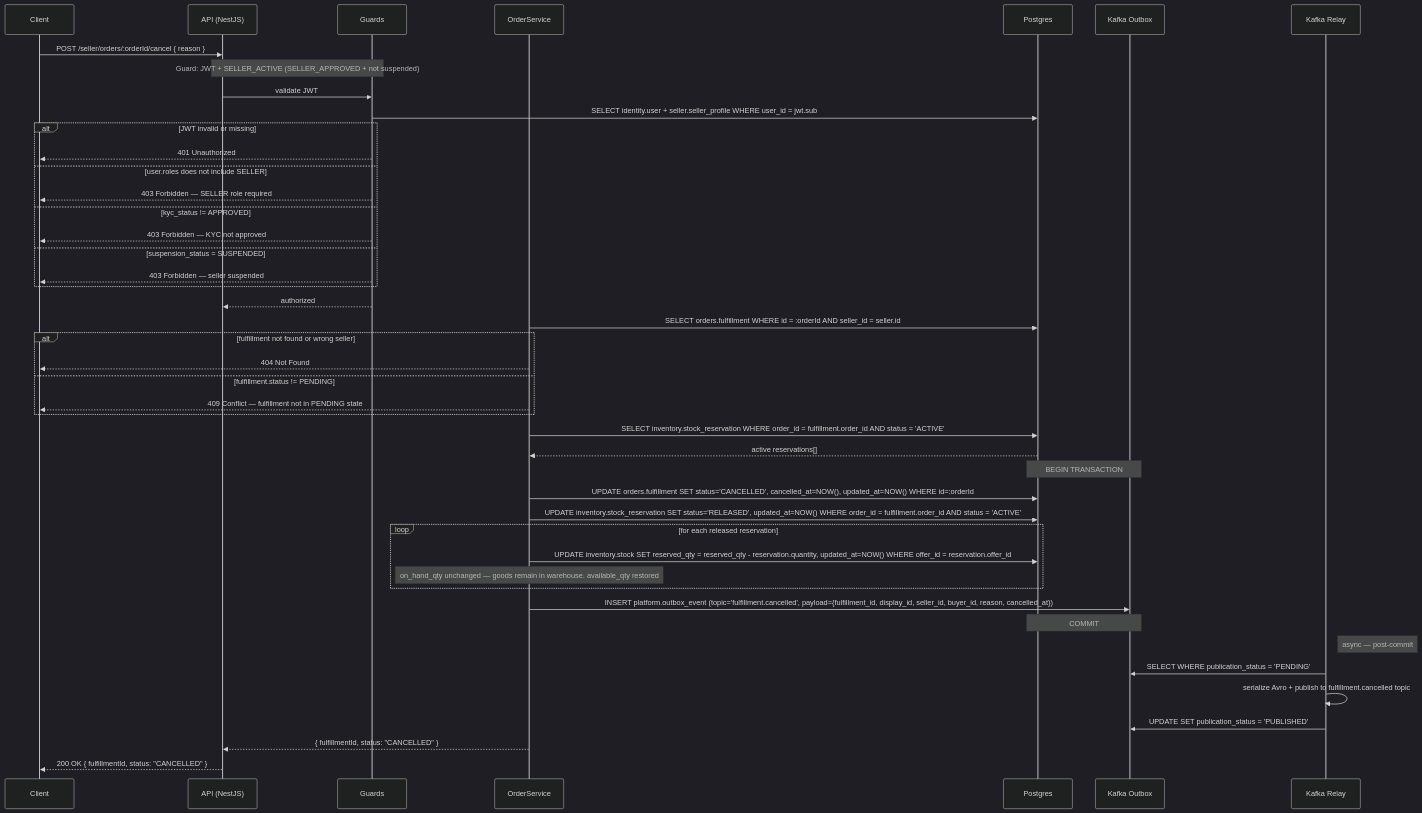
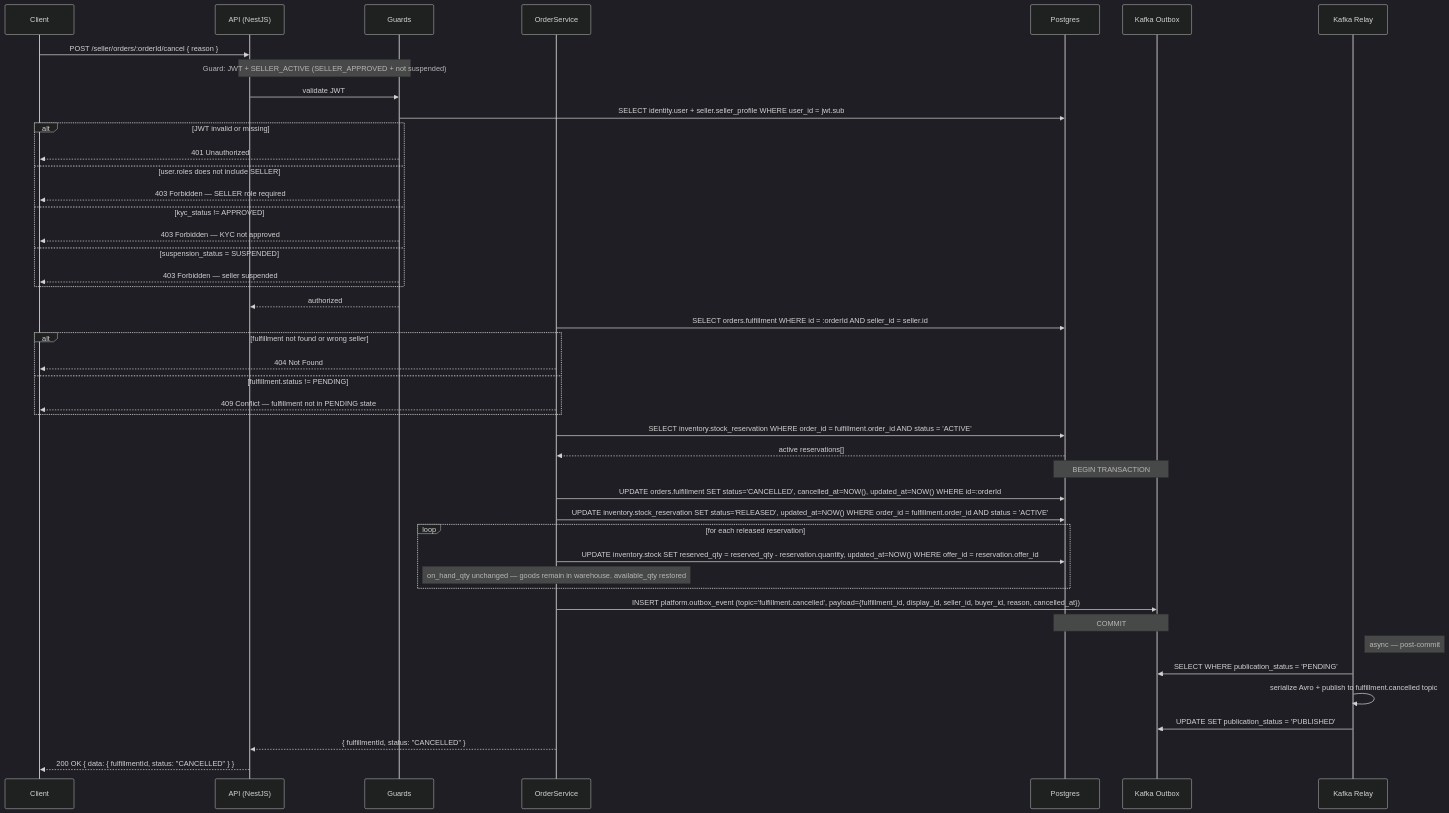
Before and after one commit to alisa-uthi/aliceut-ecom-document: diagram 20 of 21 in phase-1/technical-design/api-design/seller.md, drawn with Mermaid (dark theme). The commit also changed other lines of this file and 22 other files, not shown here.

````diff
--- a/phase-1/technical-design/api-design/seller.md
+++ b/phase-1/technical-design/api-design/seller.md
@@ -1358,52 +1370,52 @@
 ```mermaid
 sequenceDiagram
     participant C as Client
     participant A as API (NestJS)
     participant G as Guards
     participant OrdS as OrderService
     participant P as Postgres
     participant KO as Kafka Outbox
     participant KR as Kafka Relay
 
     C->>A: POST /seller/orders/:orderId/cancel { reason }
     Note over A,G: Guard: JWT + SELLER_ACTIVE (SELLER_APPROVED + not suspended)
     A->>G: validate JWT
     G->>P: SELECT identity.user + seller.seller_profile WHERE user_id = jwt.sub
     alt JWT invalid or missing
         G-->>C: 401 Unauthorized
     else user.roles does not include SELLER
         G-->>C: 403 Forbidden — SELLER role required
     else kyc_status != APPROVED
         G-->>C: 403 Forbidden — KYC not approved
     else suspension_status = SUSPENDED
         G-->>C: 403 Forbidden — seller suspended
     end
     G-->>A: authorized
 
     OrdS->>P: SELECT orders.fulfillment WHERE id = :orderId AND seller_id = seller.id
     alt fulfillment not found or wrong seller
         OrdS-->>C: 404 Not Found
     else fulfillment.status != PENDING
         OrdS-->>C: 409 Conflict — fulfillment not in PENDING state
     end
     OrdS->>P: SELECT inventory.stock_reservation WHERE order_id = fulfillment.order_id AND status = 'ACTIVE'
     P-->>OrdS: active reservations[]
 
     Note over P,KO: BEGIN TRANSACTION
     OrdS->>P: UPDATE orders.fulfillment SET status='CANCELLED', cancelled_at=NOW(), updated_at=NOW() WHERE id=:orderId
     OrdS->>P: UPDATE inventory.stock_reservation SET status='RELEASED', updated_at=NOW() WHERE order_id = fulfillment.order_id AND status = 'ACTIVE'
     loop for each released reservation
         OrdS->>P: UPDATE inventory.stock SET reserved_qty = reserved_qty - reservation.quantity, updated_at=NOW() WHERE offer_id = reservation.offer_id
         Note over OrdS: on_hand_qty unchanged — goods remain in warehouse. available_qty restored
     end
     OrdS->>KO: INSERT platform.outbox_event (topic='fulfillment.cancelled', payload={fulfillment_id, display_id, seller_id, buyer_id, reason, cancelled_at})
     Note over P,KO: COMMIT
 
     Note right of KR: async — post-commit
     KR->>KO: SELECT WHERE publication_status = 'PENDING'
     KR->>KR: serialize Avro + publish to fulfillment.cancelled topic
     KR->>KO: UPDATE SET publication_status = 'PUBLISHED'
 
     OrdS-->>A: { fulfillmentId, status: "CANCELLED" }
-    A-->>C: 200 OK { fulfillmentId, status: "CANCELLED" }
+    A-->>C: 200 OK { data: { fulfillmentId, status: "CANCELLED" } }
 ```
````
